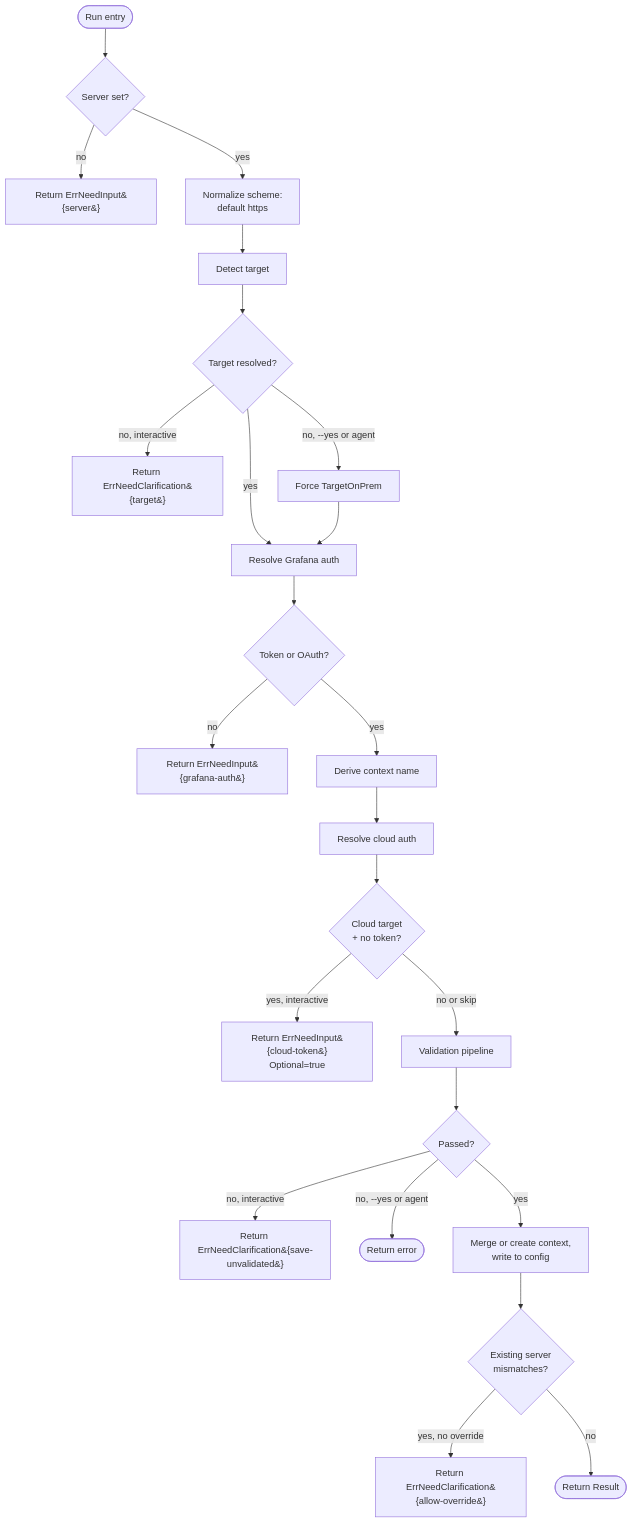
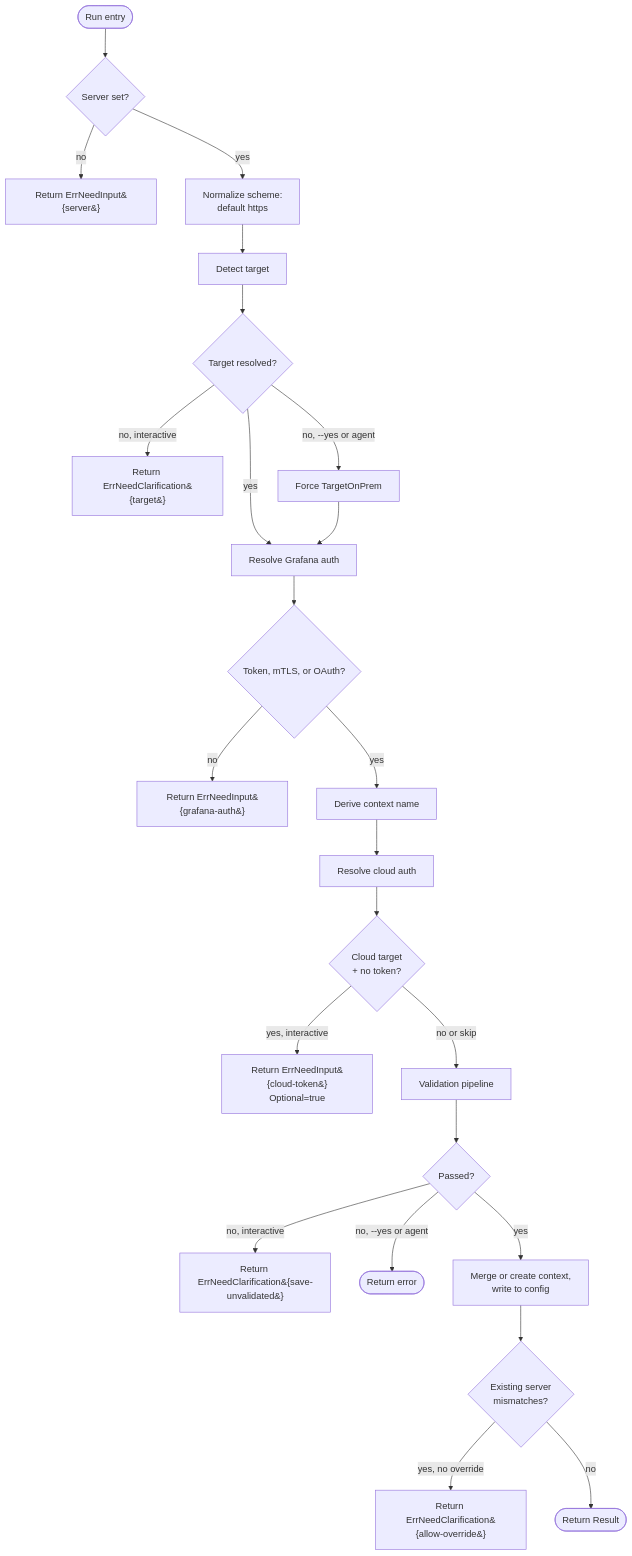
The third of 4 diagrams in docs/architecture/login-system.md (aposnov/gcx), drawn with Mermaid before and after one commit. The commit also changed other lines of this file and 14 other files, not shown here.

````diff
--- a/docs/architecture/login-system.md
+++ b/docs/architecture/login-system.md
@@ -108,26 +109,26 @@
 ```mermaid
 flowchart TD
     Start([Run entry]) --> Server{Server set?}
     Server -->|no| SrvSentinel[Return ErrNeedInput&#123;server&#125;]
     Server -->|yes| Scheme[Normalize scheme:<br/>default https]
     Scheme --> Detect[Detect target]
     Detect --> TgtKnown{Target resolved?}
     TgtKnown -->|no, interactive| TgtSentinel[Return ErrNeedClarification&#123;target&#125;]
     TgtKnown -->|no, --yes or agent| TgtOnPrem[Force TargetOnPrem]
     TgtKnown -->|yes| Auth[Resolve Grafana auth]
     TgtOnPrem --> Auth
-    Auth --> AuthHave{Token or OAuth?}
+    Auth --> AuthHave{Token, mTLS, or OAuth?}
     AuthHave -->|no| AuthSentinel[Return ErrNeedInput&#123;grafana-auth&#125;]
     AuthHave -->|yes| Ctx[Derive context name]
     Ctx --> Cloud[Resolve cloud auth]
     Cloud --> CloudNeeded{Cloud target<br/>+ no token?}
     CloudNeeded -->|yes, interactive| CloudSentinel[Return ErrNeedInput&#123;cloud-token&#125;<br/>Optional=true]
     CloudNeeded -->|no or skip| Validate[Validation pipeline]
     Validate --> ValOK{Passed?}
     ValOK -->|no, interactive| ForceSentinel[Return ErrNeedClarification&#123;save-unvalidated&#125;]
     ValOK -->|no, --yes or agent| Fail([Return error])
     ValOK -->|yes| Persist[Merge or create context,<br/>write to config]
     Persist --> Mismatch{Existing server<br/>mismatches?}
     Mismatch -->|yes, no override| OverSentinel[Return ErrNeedClarification&#123;allow-override&#125;]
     Mismatch -->|no| Result([Return Result])
 ```
````
